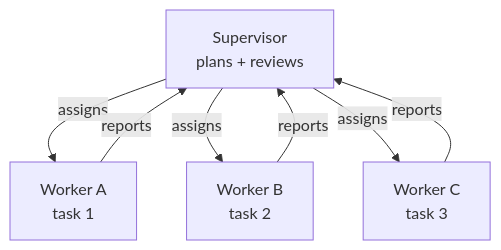
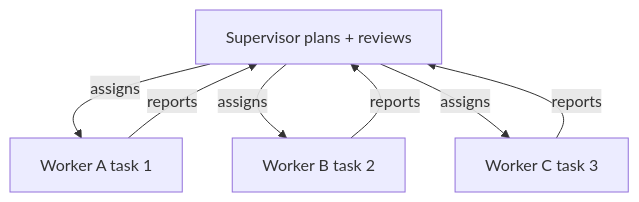
One commit to mjac-yue/ai-architecture-for-pms changed the fourth of 6 diagrams in module-09-multi-agent-architecture.md. Above: the diagram before and after it, drawn with Mermaid. The commit also changed other lines of this file and 15 other files, not shown here.

First line of the commit message:
Remove HTML tags from Mermaid node labels for Obsidian compatibility

````diff
--- a/module-09-multi-agent-architecture.md
+++ b/module-09-multi-agent-architecture.md
@@ -115,14 +115,14 @@
 ```mermaid
 flowchart TD
-    S["Supervisor<br>plans + reviews"]
-    W1["Worker A<br>task 1"]
-    W2["Worker B<br>task 2"]
-    W3["Worker C<br>task 3"]
+    S["Supervisor plans + reviews"]
+    W1["Worker A task 1"]
+    W2["Worker B task 2"]
+    W3["Worker C task 3"]
 
     S -- "assigns" --> W1
     S -- "assigns" --> W2
     S -- "assigns" --> W3
     W1 -- "reports" --> S
     W2 -- "reports" --> S
     W3 -- "reports" --> S
 ```
````
